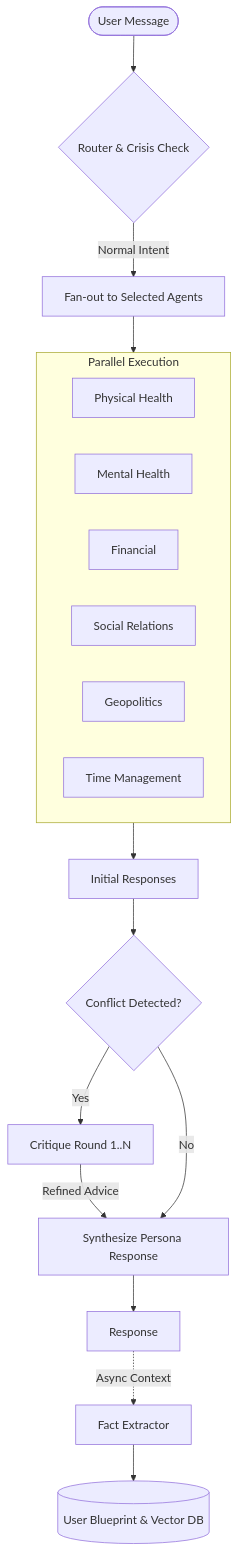
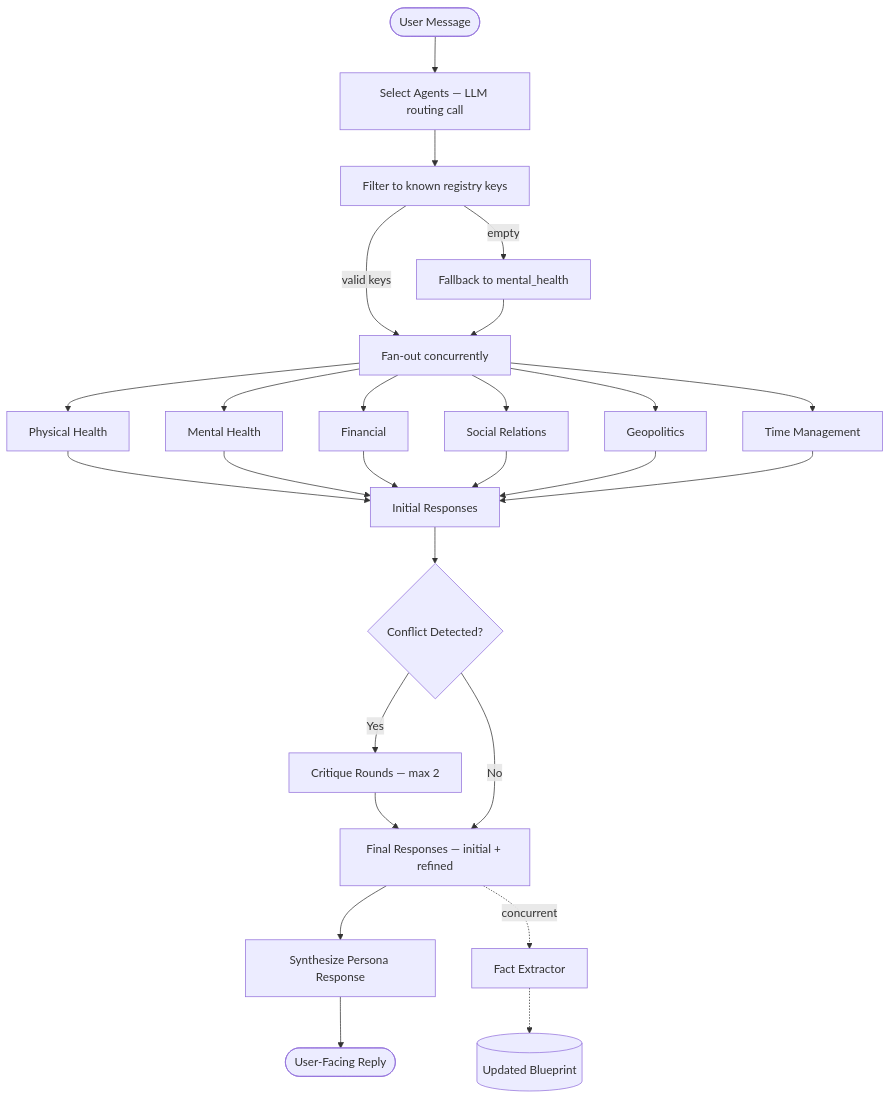
One commit to scopeta/futureself changed the diagram in futureself-spec.md. Above: the diagram before and after it, drawn with Mermaid. The commit also changed other lines of this file and 10 other files, not shown here.

````diff
--- a/futureself-spec.md
+++ b/futureself-spec.md
@@ -24,33 +29,30 @@
 ```mermaid
 flowchart TD
-    %% Main Flow
-    User([User Message]) --> Router{Router & Crisis Check}
+    User([User Message]) --> Select[Select Agents — LLM routing call]
+    Select --> Filter[Filter to known registry keys]
+    Filter -->|empty| Fallback[Fallback to mental_health]
+    Filter -->|valid keys| FanOut
 
-    %% Normal Orchestration
-    Router -->|Normal Intent| FanOut[Fan-out to Selected Agents]
-    
-    subgraph Workers [Parallel Execution]
-        Health[Physical Health]
-        Mental[Mental Health]
-        Finance[Financial]
-        Social[Social Relations]
-        Geo[Geopolitics]
-        Time[Time Management]
-    end
+    Fallback --> FanOut[Fan-out concurrently]
 
-    FanOut --> Workers
-    Workers --> Raw[Initial Responses]
-    
-    Raw --> ConflictCheck{Conflict Detected?}
-    
-    %% Conflict Loop
-    ConflictCheck -->|Yes| Critique[Critique Round 1..N]
-    Critique -->|Refined Advice| Synthesis
-    ConflictCheck -->|No| Synthesis[Synthesize Persona Response]
-    
-    Synthesis --> Response
+    FanOut --> Health[Physical Health]
+    FanOut --> Mental[Mental Health]
+    FanOut --> Finance[Financial]
+    FanOut --> Social[Social Relations]
+    FanOut --> Geo[Geopolitics]
+    FanOut --> TimeMgmt[Time Management]
 
-    %% Async Memory Path (Non-blocking)
-    Response -.->|Async Context| Extractor[Fact Extractor]
-    Extractor --> DB[(User Blueprint & Vector DB)]
+    Health & Mental & Finance & Social & Geo & TimeMgmt --> Responses[Initial Responses]
+
+    Responses --> ConflictCheck{Conflict Detected?}
+
+    ConflictCheck -->|Yes| Critique[Critique Rounds — max 2]
+    Critique --> Final[Final Responses — initial + refined]
+    ConflictCheck -->|No| Final
+
+    Final --> Synthesis[Synthesize Persona Response]
+    Final -.->|concurrent| Extractor[Fact Extractor]
+
+    Synthesis --> Reply([User-Facing Reply])
+    Extractor -.-> Blueprint[(Updated Blueprint)]
 ```
````
